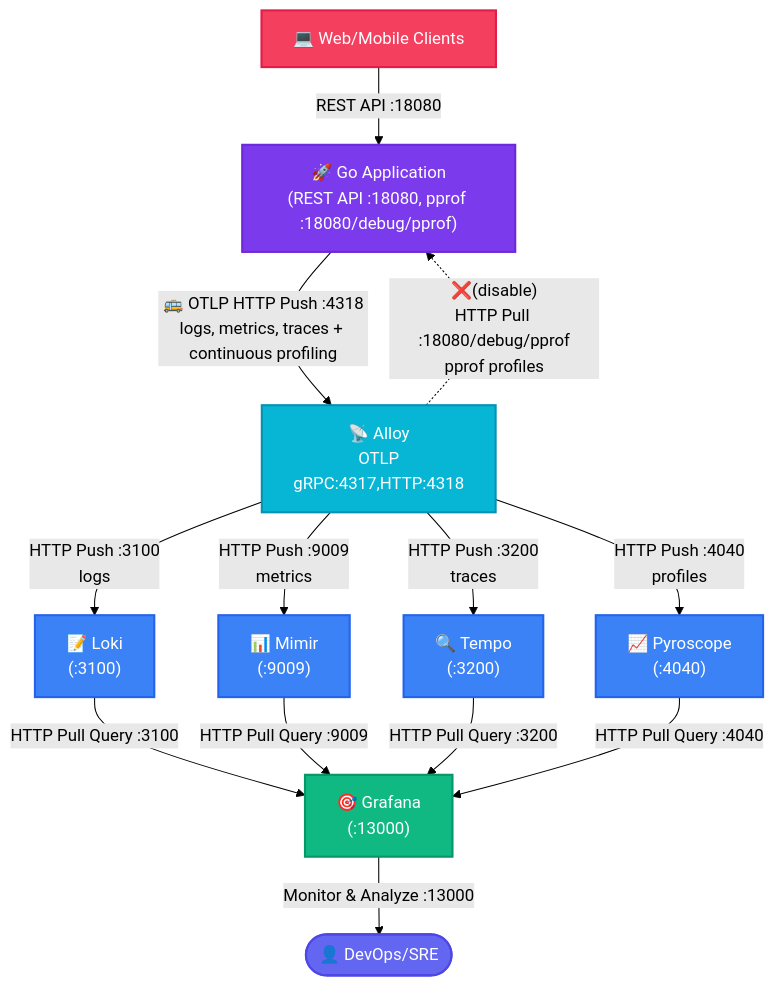
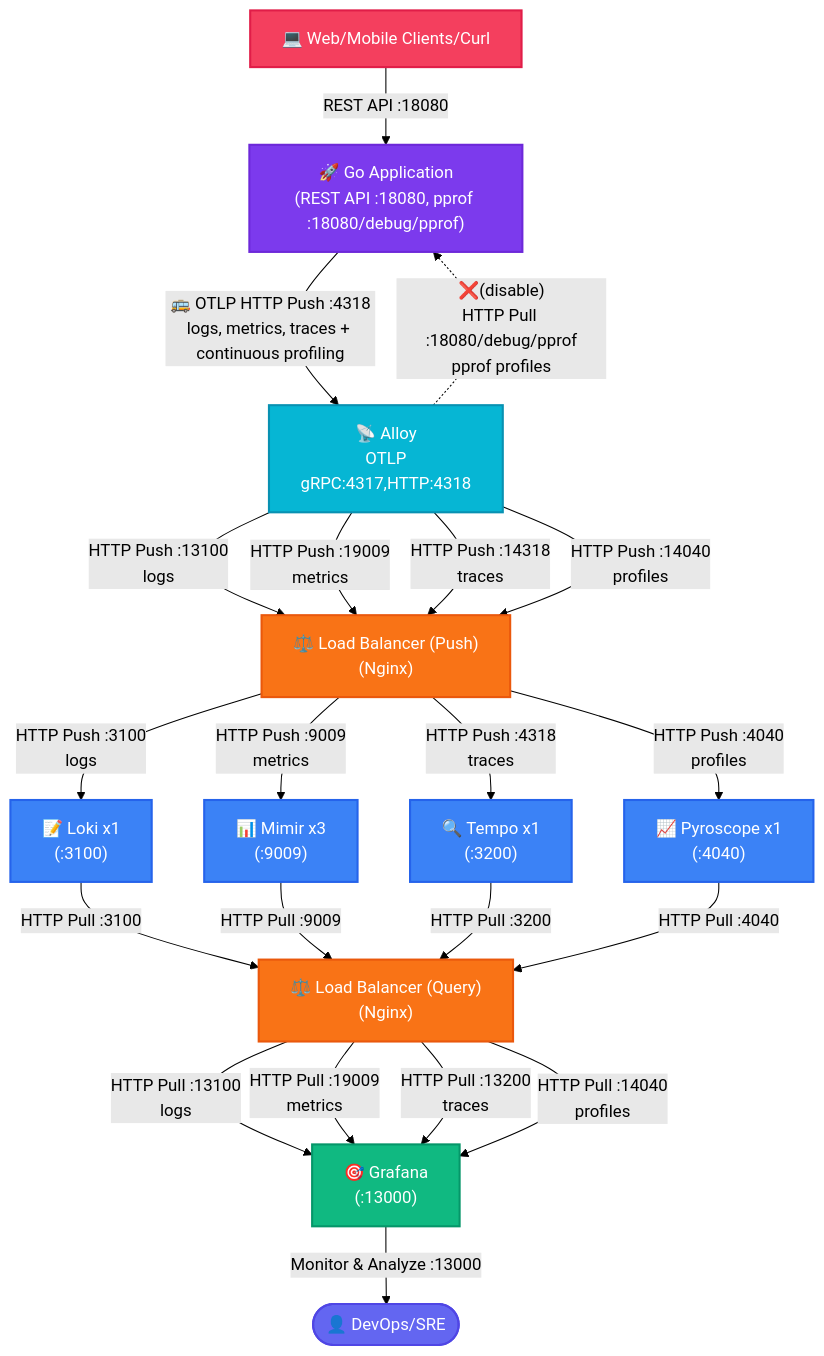
The first of 2 diagrams in README.md (Napat/go-alloy-observability), drawn with Mermaid (forest theme) before and after one commit. The commit also changed other lines of this file and 19 other files, not shown here.

First line of the commit message:
refactor(configs): restructure mimir configs, add minio(s3) support, add load balance, profiler docs

````diff
--- a/README.md
+++ b/README.md
@@ -13,53 +23,69 @@
 ```mermaid
 flowchart TB
     %% Define components with ports
-    Client["💻 Web/Mobile Clients"]
+    Client["💻 Web/Mobile Clients/Curl"]
     GoApp["🚀 Go Application<br/>(REST API :18080, pprof :18080/debug/pprof)"]
     Alloy["📡 Alloy<br/>OTLP<br/>gRPC:4317,HTTP:4318"]
-    Loki["📝 Loki<br/>(:3100)"]
-    Mimir["📊 Mimir<br/>(:9009)"]
-    Tempo["🔍 Tempo<br/>(:3200)"]
-    Pyroscope["📈 Pyroscope<br/>(:4040)"]
+    LoadBalancerPush["⚖️ Load Balancer (Push)<br/>(Nginx)"]
+    LoadBalancerQuery["⚖️ Load Balancer (Query)<br/>(Nginx)"]
+    Loki["📝 Loki x1<br/>(:3100)"]
+    Mimir["📊 Mimir x3<br/>(:9009)"]
+    Tempo["🔍 Tempo x1<br/>(:3200)"]
+    Pyroscope["📈 Pyroscope x1<br/>(:4040)"]
     Grafana["🎯 Grafana<br/>(:13000)"]
     DevOps(["👤 DevOps/SRE"])
 
     %% Client to Application flow
     Client -->|"REST API :18080"| GoApp
     
     %% Telemetry flow from Go Application to Alloy
     GoApp -->|"🚌 OTLP HTTP Push :4318<br/>logs, metrics, traces + continuous profiling"| Alloy
 
     %% Profile pull from Alloy to Go Application
     Alloy -.->|"❌(disable)<br/>HTTP Pull :18080/debug/pprof<br/>pprof profiles"| GoApp
 
-    %% Data flow from Alloy to storage systems
-    Alloy -->|"HTTP Push :3100<br/>logs"| Loki
-    Alloy -->|"HTTP Push :9009<br/>metrics"| Mimir
-    Alloy -->|"HTTP Push :3200<br/>traces"| Tempo
-    Alloy -->|"HTTP Push :4040<br/>profiles"| Pyroscope
+    %% Data flow from Alloy through Load Balancer (Push) to storage systems
+    Alloy -->|"HTTP Push :13100<br/>logs"| LoadBalancerPush
+    Alloy -->|"HTTP Push :19009<br/>metrics"| LoadBalancerPush
+    Alloy -->|"HTTP Push :14318<br/>traces"| LoadBalancerPush
+    Alloy -->|"HTTP Push :14040<br/>profiles"| LoadBalancerPush
 
-    %% Storage to Grafana
-    Loki -->|"HTTP Pull Query :3100"| Grafana
-    Mimir -->|"HTTP Pull Query :9009"| Grafana
-    Tempo -->|"HTTP Pull Query :3200"| Grafana
-    Pyroscope -->|"HTTP Pull Query :4040"| Grafana
+    %% Load Balancer (Push) to storage systems
+    LoadBalancerPush -->|"HTTP Push :3100<br/>logs"| Loki
+    LoadBalancerPush -->|"HTTP Push :9009<br/>metrics"| Mimir
+    LoadBalancerPush -->|"HTTP Push :4318<br/>traces"| Tempo
+    LoadBalancerPush -->|"HTTP Push :4040<br/>profiles"| Pyroscope
+
+    %% Storage to Load Balancer (Query)
+    Loki -->|"HTTP Pull :3100"| LoadBalancerQuery
+    Mimir -->|"HTTP Pull :9009"| LoadBalancerQuery
+    Tempo -->|"HTTP Pull :3200"| LoadBalancerQuery
+    Pyroscope -->|"HTTP Pull :4040"| LoadBalancerQuery
+
+    %% Load Balancer (Query) to Grafana
+    LoadBalancerQuery -->|"HTTP Pull :13100<br/>logs"| Grafana
+    LoadBalancerQuery -->|"HTTP Pull :19009<br/>metrics"| Grafana
+    LoadBalancerQuery -->|"HTTP Pull :13200<br/>traces"| Grafana
+    LoadBalancerQuery -->|"HTTP Pull :14040<br/>profiles"| Grafana
     
     %% DevOps at bottom
     Grafana -->|"Monitor & Analyze :13000"| DevOps
 
-    %% Modern styling (unchanged)
+    %% Modern styling
     classDef default fill:#ffffff,stroke:#2d3748,stroke-width:2px;
     classDef client fill:#f43f5e,color:#ffffff,stroke:#e11d48,stroke-width:2px;
     classDef app fill:#7c3aed,color:#ffffff,stroke:#6d28d9,stroke-width:2px;
     classDef collector fill:#06b6d4,color:#ffffff,stroke:#0891b2,stroke-width:2px;
     classDef storage fill:#3b82f6,color:#ffffff,stroke:#2563eb,stroke-width:2px;
     classDef viz fill:#10b981,color:#ffffff,stroke:#059669,stroke-width:2px;
     classDef user fill:#6366f1,color:#ffffff,stroke:#4f46e5,stroke-width:2px;
+    classDef loadbalancer fill:#f97316,color:#ffffff,stroke:#ea580c,stroke-width:2px;
     
     class Client client;
     class GoApp app;
     class Alloy collector;
+    class LoadBalancerPush,LoadBalancerQuery loadbalancer;
     class Loki,Mimir,Tempo,Pyroscope storage;
     class Grafana viz;
     class DevOps user;
 ```
````
